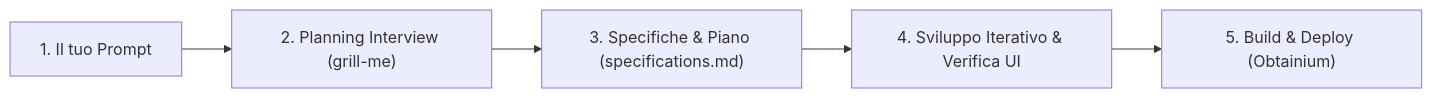
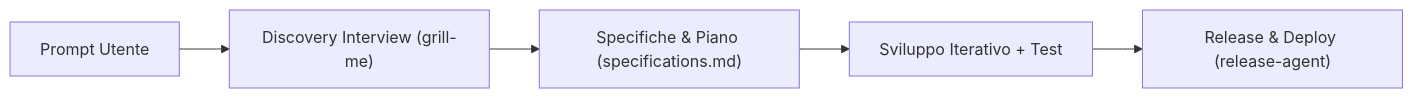
One commit to leonardo-mais/Spark changed the diagram in README.md. Above: the diagram before and after it, drawn with Mermaid. The commit also changed other lines of this file, not shown here.

````diff
--- a/README.md
+++ b/README.md
@@ -67,7 +71,7 @@
 ```mermaid
 flowchart LR
-    Prompt["1. Il tuo Prompt"] --> Interview["2. Planning Interview (grill-me)"]
-    Interview --> Spec["3. Specifiche & Piano (specifications.md)"]
-    Spec --> Loop["4. Sviluppo Iterativo & Verifica UI"]
-    Loop --> Release["5. Build & Deploy (Obtainium)"]
+    A["Prompt Utente"] --> B["Discovery Interview (grill-me)"]
+    B --> C["Specifiche & Piano (specifications.md)"]
+    C --> D["Sviluppo Iterativo + Test"]
+    D --> E["Release & Deploy (release-agent)"]
 ```
````
